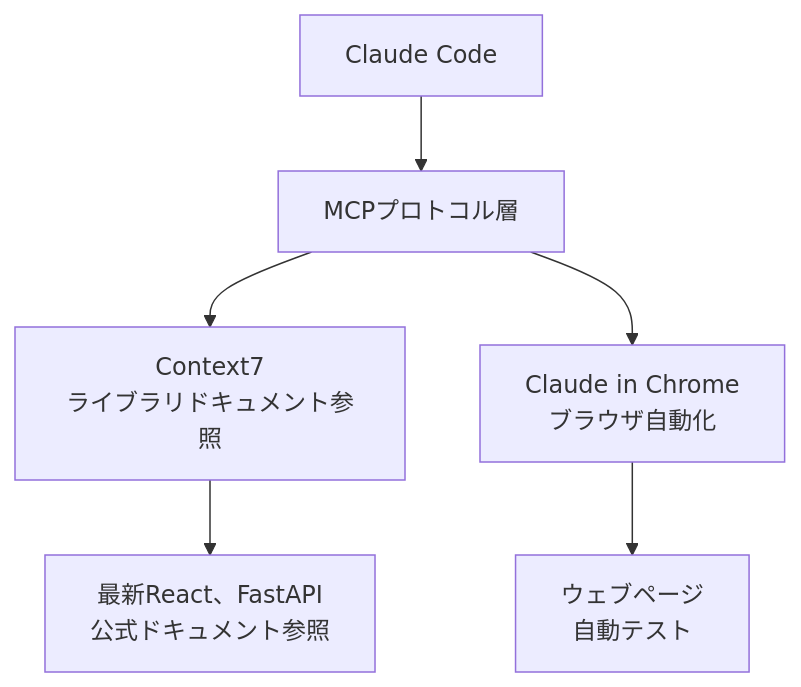
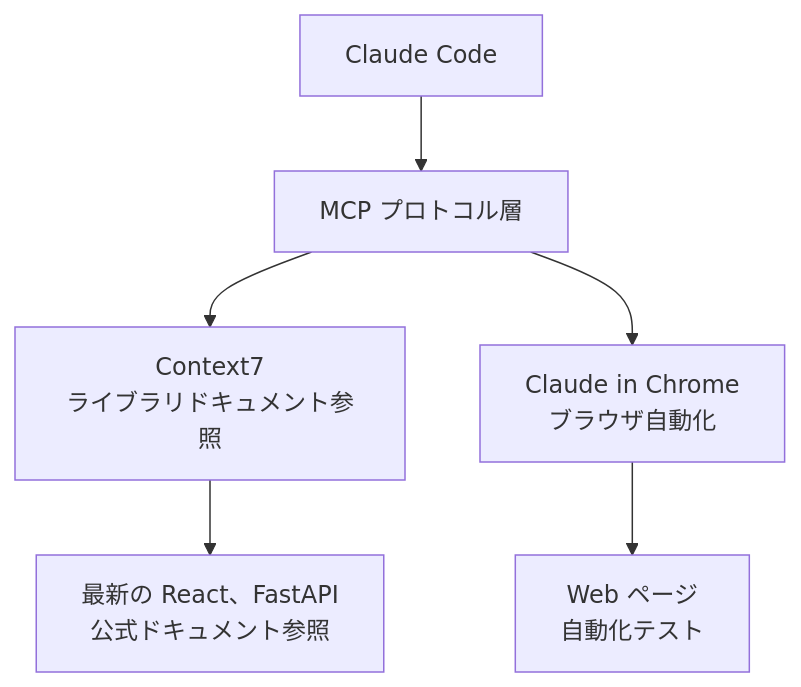
The diagram in docs-site/content/ja/advanced/mcp-servers.md (modu-ai/moai-adk), drawn with Mermaid before and after one commit. The commit also changed other lines of this file and 395 other files, not shown here.

````diff
--- a/docs-site/content/ja/advanced/mcp-servers.md
+++ b/docs-site/content/ja/advanced/mcp-servers.md
@@ -19,10 +19,10 @@
 ```mermaid
 flowchart TD
-    CC["Claude Code"] --> MCP_LAYER["MCPプロトコル層"]
+    CC["Claude Code"] --> MCP_LAYER["MCP プロトコル層"]
 
-    MCP_LAYER --> C7["Context7<br/>ライブラリドキュメント参照"]
-    MCP_LAYER --> CHROME["Claude in Chrome<br/>ブラウザ自動化"]
+    MCP_LAYER --> C7["Context7<br>ライブラリドキュメント参照"]
+    MCP_LAYER --> CHROME["Claude in Chrome<br>ブラウザ自動化"]
 
-    C7 --> C7_OUT["最新React、FastAPI<br/>公式ドキュメント参照"]
-    CHROME --> CHROME_OUT["ウェブページ<br/>自動テスト"]
+    C7 --> C7_OUT["最新の React、FastAPI<br>公式ドキュメント参照"]
+    CHROME --> CHROME_OUT["Web ページ<br>自動化テスト"]
 ```
````
